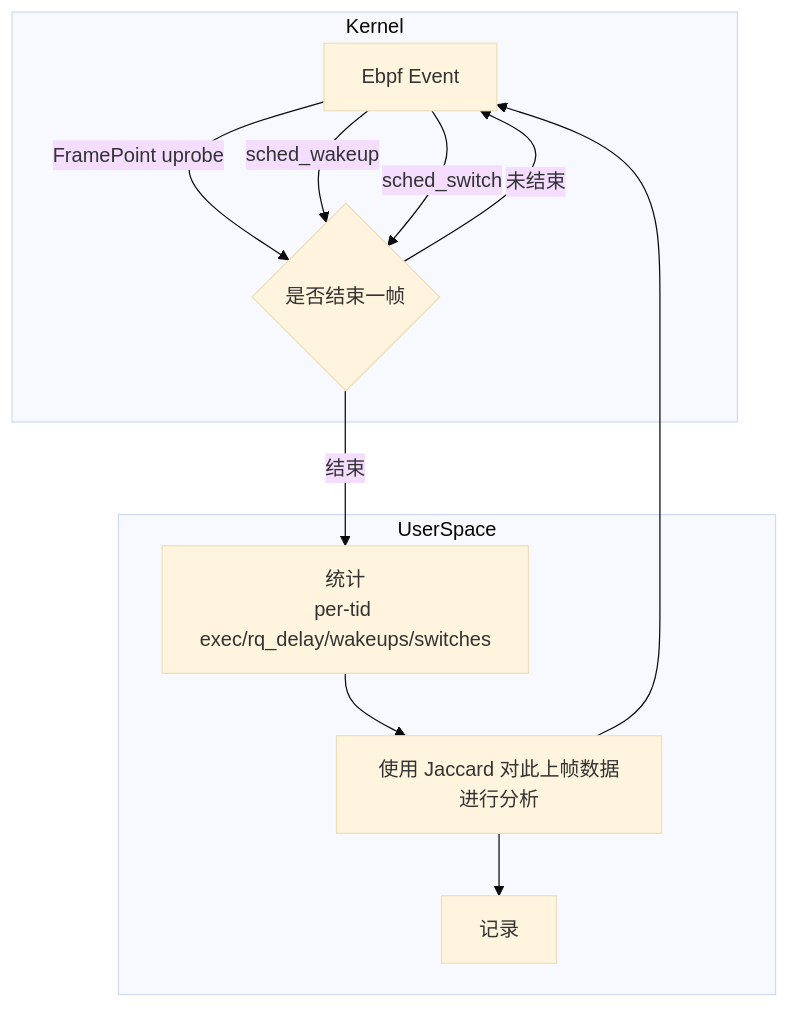
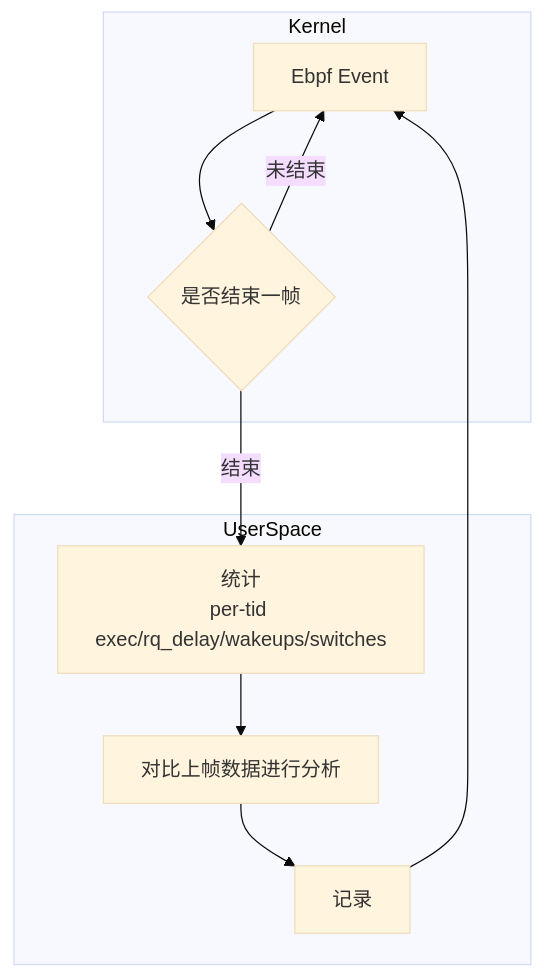
The diagram in content/blog/critical-path-control-system/index.md (shadow3aaa/shadow3aaa.github.io), drawn with Mermaid (base theme) before and after one commit. The commit also changed other lines of this file, not shown here.

````diff
--- a/content/blog/critical-path-control-system/index.md
+++ b/content/blog/critical-path-control-system/index.md
@@ -26,16 +26,14 @@
 ```mermaid
 flowchart TD
     subgraph Kernel
-        A[Ebpf Event] -->|FramePoint uprobe| B{是否结束一帧}
-        A -->|sched_wakeup| B
-        A -->|sched_switch| B
+        A[Ebpf Event] --> B{是否结束一帧}
         B -- 未结束 --> A
     end
 
     subgraph UserSpace
         B -- 结束 --> D[统计<br/>per-tid exec/rq_delay/wakeups/switches]
-        D --> E[使用 Jaccard 对此上帧数据进行分析]
+        D --> E[对比上帧数据进行分析]
         E --> F[记录]
-        E --> A
+        F --> A
     end
 ```
````
